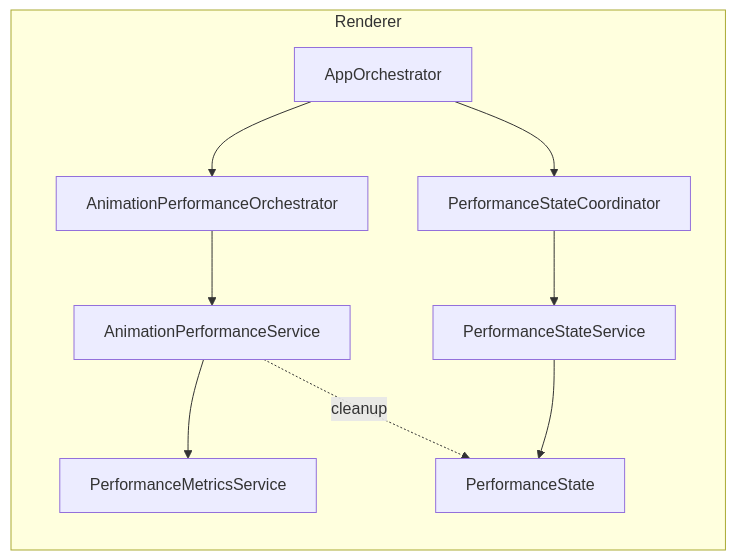
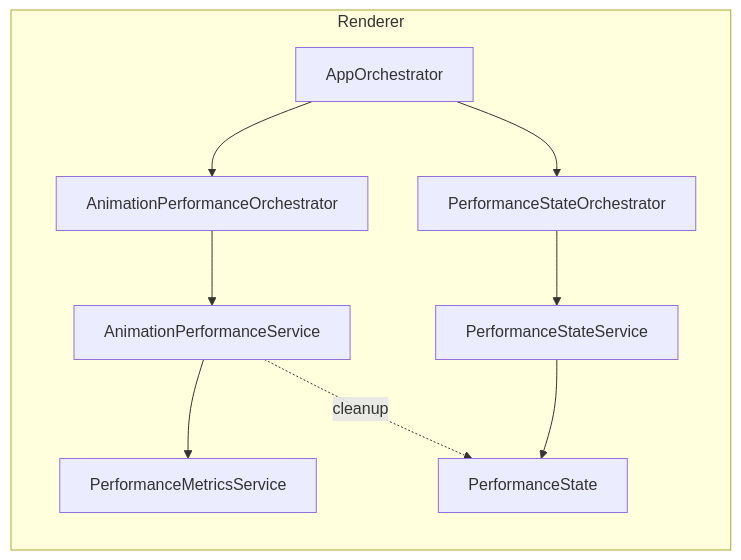
The third of 6 diagrams in docs/architecture-diagrams.md (josstei/prismgb-app), drawn with Mermaid before and after one commit. The commit also changed 39 other files, not shown here.

First line of the commit message:
refactor(architecture): extract scoped services and modularize IPC handlers

````diff
--- a/docs/architecture-diagrams.md
+++ b/docs/architecture-diagrams.md
@@ -58,21 +58,21 @@
 ```mermaid
 flowchart LR
   subgraph RENDERER[Renderer]
     AppOrchestrator[AppOrchestrator]
     AnimationPerformanceOrchestrator[AnimationPerformanceOrchestrator]
-    PerformanceStateCoordinator[PerformanceStateCoordinator]
+    PerformanceStateOrchestrator[PerformanceStateOrchestrator]
     AnimationPerformanceService[AnimationPerformanceService]
     PerformanceStateService[PerformanceStateService]
     PerformanceMetricsService[PerformanceMetricsService]
     PerformanceState[PerformanceState]
   end
 
   AppOrchestrator --> AnimationPerformanceOrchestrator
-  AppOrchestrator --> PerformanceStateCoordinator
+  AppOrchestrator --> PerformanceStateOrchestrator
   AnimationPerformanceOrchestrator --> AnimationPerformanceService
   AnimationPerformanceService --> PerformanceMetricsService
-  PerformanceStateCoordinator --> PerformanceStateService
+  PerformanceStateOrchestrator --> PerformanceStateService
   PerformanceStateService --> PerformanceState
 
   AnimationPerformanceService -. cleanup .-> PerformanceState
 ```
````
